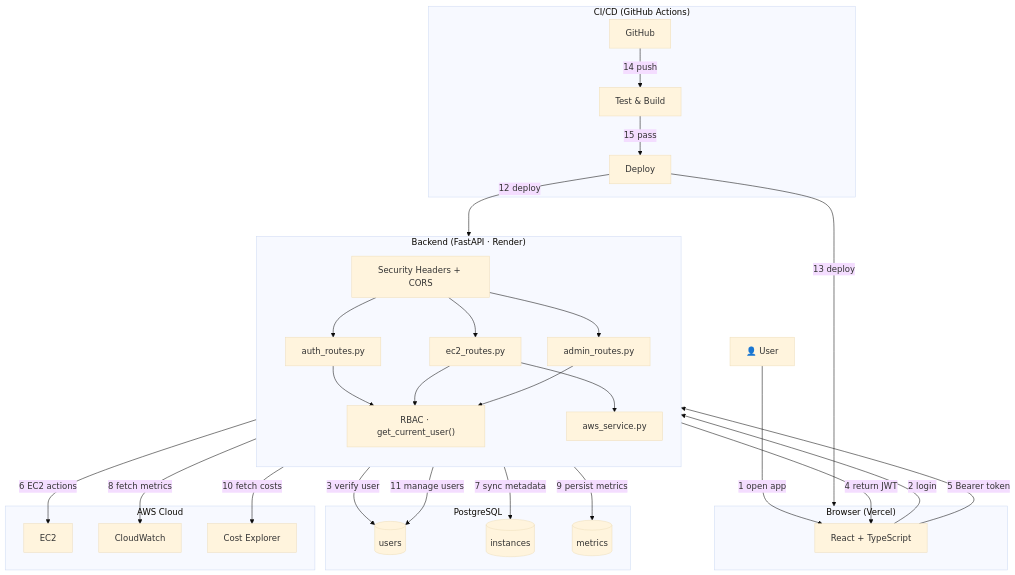
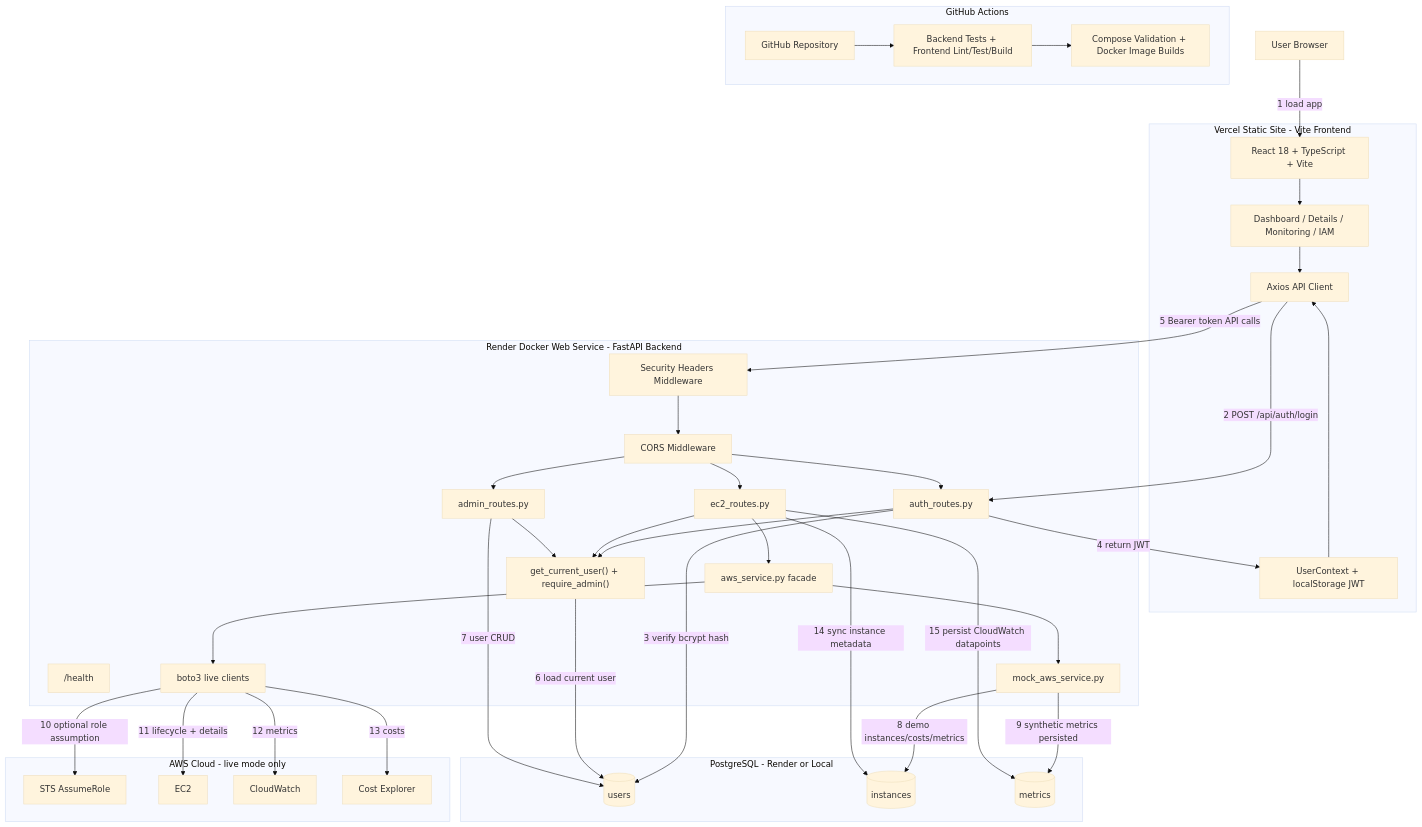
One commit to tccao/CloudSim changed the diagram in docs/Architecture_Diagram.md. Above: the diagram before and after it, drawn with Mermaid (base theme). The commit also changed other lines of this file and 15 other files, not shown here.

First line of the commit message:
Update documentation and role management in CloudSim

````diff
--- a/docs/Architecture_Diagram.md
+++ b/docs/Architecture_Diagram.md
@@ -10,67 +7,74 @@
 ```mermaid
 flowchart TD
-    %% ── Actors ───────────────────────────────────────────────
-    DEV["👤 User"]
+    USER["User Browser"]
 
-    %% ── CI/CD Block ──────────────────────────────────────────
-    subgraph CICD["CI/CD  (GitHub Actions)"]
-        GH["GitHub"]
-        CB["Test & Build"]
-        CD["Deploy"]
-        GH -->|"14 push"| CB
-        CB -->|"15 pass"| CD
+    subgraph CI["GitHub Actions"]
+        GH["GitHub Repository"]
+        TESTS["Backend Tests + Frontend Lint/Test/Build"]
+        DOCKER["Compose Validation + Docker Image Builds"]
+        GH --> TESTS --> DOCKER
     end
 
-    %% ── Client Block ─────────────────────────────────────────
-    subgraph CLIENT["Browser  (Vercel)"]
-        UI["React + TypeScript"]
+    subgraph FRONTEND["Vercel Static Site - Vite Frontend"]
+        VITE["React 18 + TypeScript + Vite"]
+        AXIOS["Axios API Client"]
+        AUTHCTX["UserContext + localStorage JWT"]
+        UI["Dashboard / Details / Monitoring / IAM"]
+        VITE --> UI
+        UI --> AXIOS
+        AUTHCTX --> AXIOS
     end
 
-    %% ── Backend Block ────────────────────────────────────────
-    subgraph BACKEND["Backend  (FastAPI · Render)"]
-        direction TB
-        SEC["Security Headers + CORS"]
-        RBAC["RBAC · get_current_user()"]
+    subgraph BACKEND["Render Docker Web Service - FastAPI Backend"]
+        HEALTH["/health"]
+        SEC["Security Headers Middleware"]
+        CORS["CORS Middleware"]
         AUTH["auth_routes.py"]
+        RBAC["get_current_user() + require_admin()"]
         EC2R["ec2_routes.py"]
-        ADM["admin_routes.py"]
-        AWS_SVC["aws_service.py"]
+        ADMIN["admin_routes.py"]
+        AWSFACADE["aws_service.py facade"]
+        MOCK["mock_aws_service.py"]
+        LIVE["boto3 live clients"]
 
-        SEC --> AUTH
-        SEC --> EC2R
-        SEC --> ADM
+        SEC --> CORS
+        CORS --> AUTH
+        CORS --> EC2R
+        CORS --> ADMIN
         AUTH --> RBAC
         EC2R --> RBAC
-        ADM --> RBAC
-        EC2R --> AWS_SVC
+        ADMIN --> RBAC
+        EC2R --> AWSFACADE
+        AWSFACADE --> MOCK
+        AWSFACADE --> LIVE
     end
 
-    %% ── Database Block ───────────────────────────────────────
-    subgraph DB["PostgreSQL"]
+    subgraph DB["PostgreSQL - Render or Local"]
         USERS[("users")]
         INSTANCES[("instances")]
         METRICS[("metrics")]
     end
 
-    %% ── AWS Block ────────────────────────────────────────────
-    subgraph AWS["AWS Cloud"]
+    subgraph AWS["AWS Cloud - live mode only"]
+        STS["STS AssumeRole"]
         EC2["EC2"]
         CW["CloudWatch"]
         CE["Cost Explorer"]
     end
 
-    %% ── Flows ────────────────────────────────────────────────
-    DEV     -->|"1 open app"| UI
-    UI      -->|"2 login"| AUTH
-    AUTH    -->|"3 verify user"| USERS
-    AUTH    -->|"4 return JWT"| UI
-    UI      -->|"5 Bearer token"| SEC
-    AWS_SVC -->|"6 EC2 actions"| EC2
-    EC2R    -->|"7 sync metadata"| INSTANCES
-    AWS_SVC -->|"8 fetch metrics"| CW
-    EC2R    -->|"9 persist metrics"| METRICS
-    AWS_SVC -->|"10 fetch costs"| CE
-    ADM     -->|"11 manage users"| USERS
-    CD      -->|"12 deploy"| BACKEND
-    CD      -->|"13 deploy"| CLIENT
+    USER -->|"1 load app"| VITE
+    AXIOS -->|"2 POST /api/auth/login"| AUTH
+    AUTH -->|"3 verify bcrypt hash"| USERS
+    AUTH -->|"4 return JWT"| AUTHCTX
+    AXIOS -->|"5 Bearer token API calls"| SEC
+    RBAC -->|"6 load current user"| USERS
+    ADMIN -->|"7 user CRUD"| USERS
+    MOCK -->|"8 demo instances/costs/metrics"| INSTANCES
+    MOCK -->|"9 synthetic metrics persisted"| METRICS
+    LIVE -->|"10 optional role assumption"| STS
+    LIVE -->|"11 lifecycle + details"| EC2
+    LIVE -->|"12 metrics"| CW
+    LIVE -->|"13 costs"| CE
+    EC2R -->|"14 sync instance metadata"| INSTANCES
+    EC2R -->|"15 persist CloudWatch datapoints"| METRICS
 ```
````
